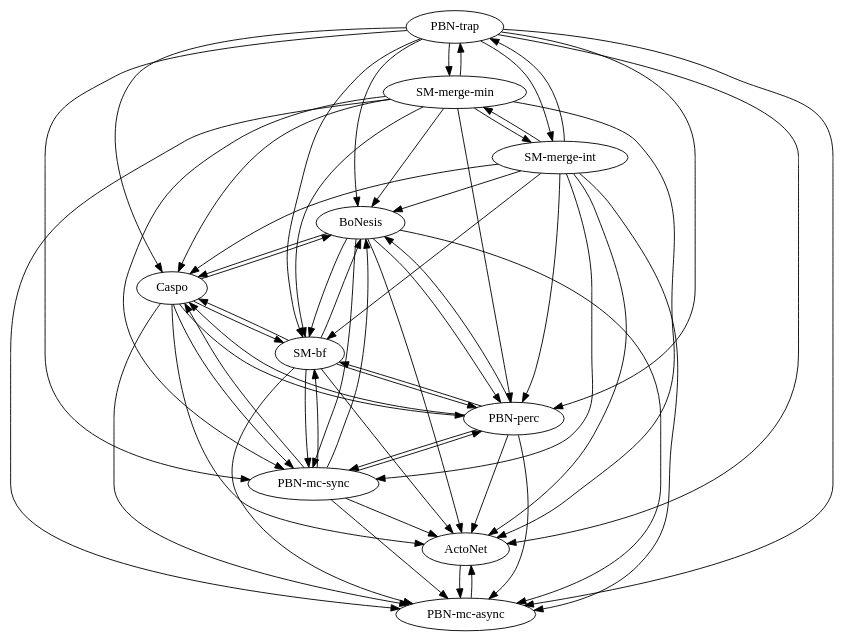
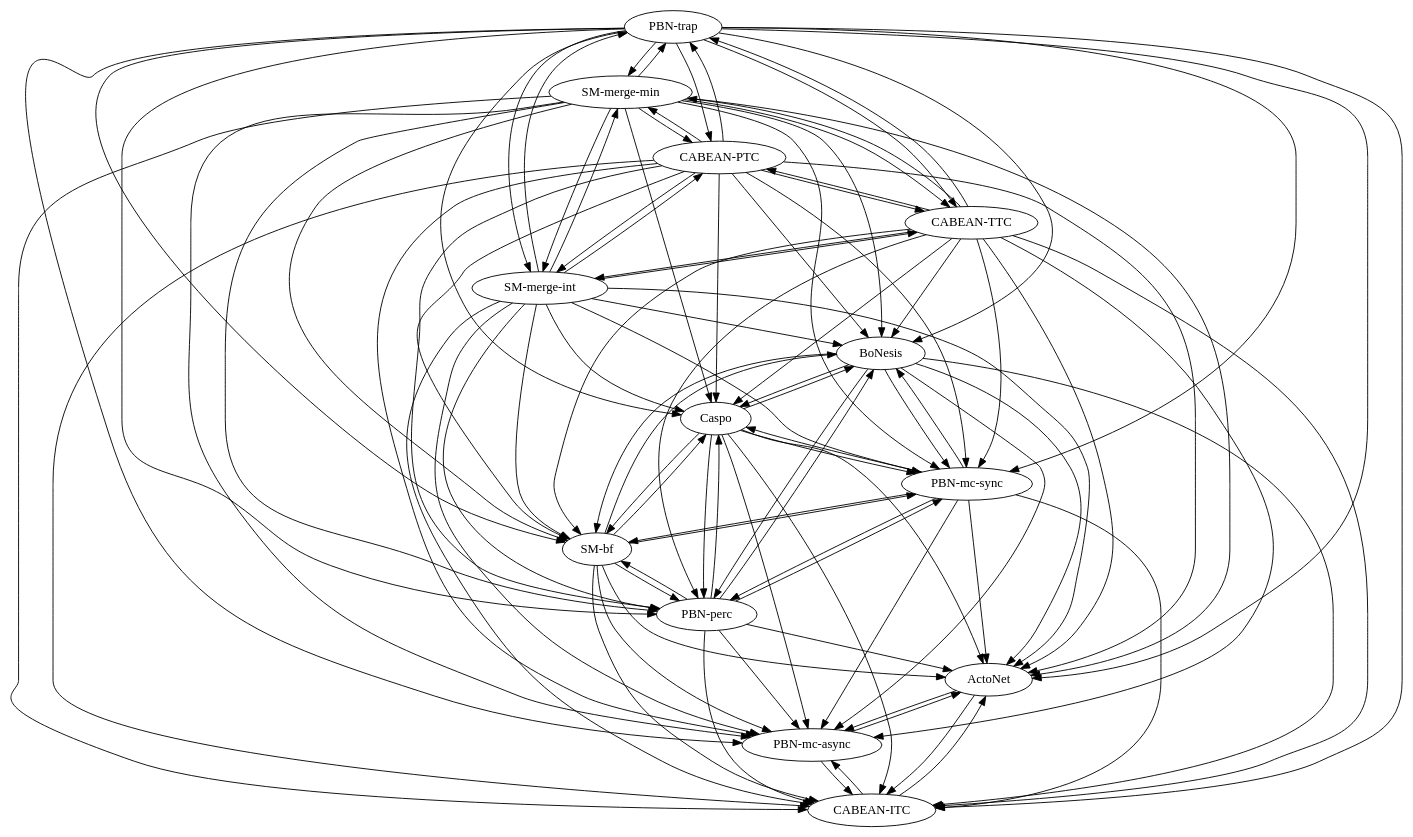
The diagram in experiments/results/Tonello/Tonello_1/_graph.dot (kalebmoon07/BN-control-taxonomy), drawn with Graphviz before and after one commit. The commit also changed 85 other files, not shown here.

```diff
--- a/experiments/results/Tonello/Tonello_1/_graph.dot
+++ b/experiments/results/Tonello/Tonello_1/_graph.dot
@@ -1,71 +1,116 @@
 strict digraph  {
 BoNesis;
 ActoNet;
 Caspo;
 "PBN-mc-sync";
 "PBN-mc-async";
 "PBN-perc";
 "PBN-trap";
 "SM-bf";
 "SM-merge-min";
 "SM-merge-int";
+"CABEAN-ITC";
+"CABEAN-TTC";
+"CABEAN-PTC";
 BoNesis -> ActoNet;
 BoNesis -> Caspo;
 BoNesis -> "PBN-mc-sync";
 BoNesis -> "PBN-mc-async";
 BoNesis -> "PBN-perc";
 BoNesis -> "SM-bf";
+BoNesis -> "CABEAN-ITC";
 ActoNet -> "PBN-mc-async";
+ActoNet -> "CABEAN-ITC";
 Caspo -> ActoNet;
 Caspo -> BoNesis;
 Caspo -> "PBN-mc-sync";
 Caspo -> "PBN-mc-async";
 Caspo -> "PBN-perc";
 Caspo -> "SM-bf";
+Caspo -> "CABEAN-ITC";
 "PBN-mc-sync" -> ActoNet;
 "PBN-mc-sync" -> BoNesis;
 "PBN-mc-sync" -> Caspo;
 "PBN-mc-sync" -> "PBN-mc-async";
 "PBN-mc-sync" -> "PBN-perc";
 "PBN-mc-sync" -> "SM-bf";
+"PBN-mc-sync" -> "CABEAN-ITC";
 "PBN-mc-async" -> ActoNet;
+"PBN-mc-async" -> "CABEAN-ITC";
 "PBN-perc" -> ActoNet;
 "PBN-perc" -> BoNesis;
 "PBN-perc" -> Caspo;
 "PBN-perc" -> "PBN-mc-sync";
 "PBN-perc" -> "PBN-mc-async";
 "PBN-perc" -> "SM-bf";
+"PBN-perc" -> "CABEAN-ITC";
 "PBN-trap" -> ActoNet;
 "PBN-trap" -> BoNesis;
 "PBN-trap" -> Caspo;
 "PBN-trap" -> "PBN-mc-sync";
 "PBN-trap" -> "PBN-mc-async";
 "PBN-trap" -> "PBN-perc";
 "PBN-trap" -> "SM-bf";
 "PBN-trap" -> "SM-merge-min";
 "PBN-trap" -> "SM-merge-int";
+"PBN-trap" -> "CABEAN-ITC";
+"PBN-trap" -> "CABEAN-TTC";
+"PBN-trap" -> "CABEAN-PTC";
 "SM-bf" -> ActoNet;
 "SM-bf" -> BoNesis;
 "SM-bf" -> Caspo;
 "SM-bf" -> "PBN-mc-sync";
 "SM-bf" -> "PBN-mc-async";
 "SM-bf" -> "PBN-perc";
+"SM-bf" -> "CABEAN-ITC";
 "SM-merge-min" -> ActoNet;
 "SM-merge-min" -> BoNesis;
 "SM-merge-min" -> Caspo;
 "SM-merge-min" -> "PBN-mc-sync";
 "SM-merge-min" -> "PBN-mc-async";
 "SM-merge-min" -> "PBN-perc";
 "SM-merge-min" -> "PBN-trap";
 "SM-merge-min" -> "SM-bf";
 "SM-merge-min" -> "SM-merge-int";
+"SM-merge-min" -> "CABEAN-ITC";
+"SM-merge-min" -> "CABEAN-TTC";
+"SM-merge-min" -> "CABEAN-PTC";
 "SM-merge-int" -> ActoNet;
 "SM-merge-int" -> BoNesis;
 "SM-merge-int" -> Caspo;
 "SM-merge-int" -> "PBN-mc-sync";
 "SM-merge-int" -> "PBN-mc-async";
 "SM-merge-int" -> "PBN-perc";
 "SM-merge-int" -> "PBN-trap";
 "SM-merge-int" -> "SM-bf";
 "SM-merge-int" -> "SM-merge-min";
+"SM-merge-int" -> "CABEAN-ITC";
+"SM-merge-int" -> "CABEAN-TTC";
+"SM-merge-int" -> "CABEAN-PTC";
+"CABEAN-ITC" -> ActoNet;
+"CABEAN-ITC" -> "PBN-mc-async";
+"CABEAN-TTC" -> ActoNet;
+"CABEAN-TTC" -> BoNesis;
+"CABEAN-TTC" -> Caspo;
+"CABEAN-TTC" -> "PBN-mc-sync";
+"CABEAN-TTC" -> "PBN-mc-async";
+"CABEAN-TTC" -> "PBN-perc";
+"CABEAN-TTC" -> "PBN-trap";
+"CABEAN-TTC" -> "SM-bf";
+"CABEAN-TTC" -> "SM-merge-min";
+"CABEAN-TTC" -> "SM-merge-int";
+"CABEAN-TTC" -> "CABEAN-ITC";
+"CABEAN-TTC" -> "CABEAN-PTC";
+"CABEAN-PTC" -> ActoNet;
+"CABEAN-PTC" -> BoNesis;
+"CABEAN-PTC" -> Caspo;
+"CABEAN-PTC" -> "PBN-mc-sync";
+"CABEAN-PTC" -> "PBN-mc-async";
+"CABEAN-PTC" -> "PBN-perc";
+"CABEAN-PTC" -> "PBN-trap";
+"CABEAN-PTC" -> "SM-bf";
+"CABEAN-PTC" -> "SM-merge-min";
+"CABEAN-PTC" -> "SM-merge-int";
+"CABEAN-PTC" -> "CABEAN-ITC";
+"CABEAN-PTC" -> "CABEAN-TTC";
 }
```
